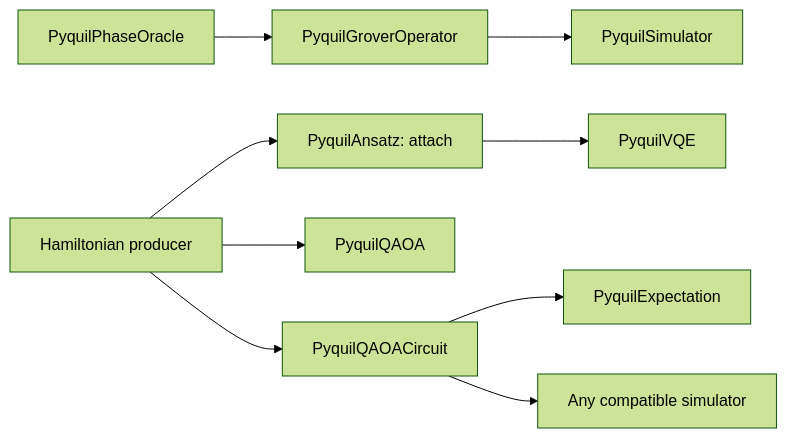
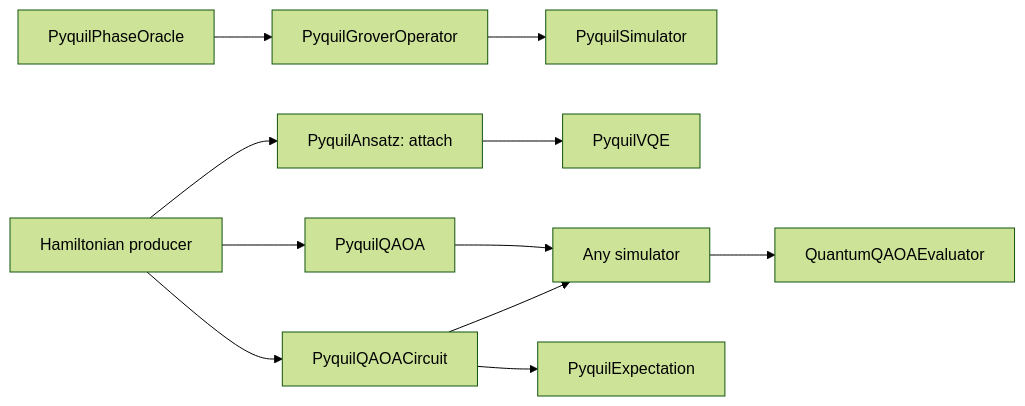
One commit to aaccioly-education/quanifi changed the diagram in docs/guides/PYQUIL_COMPONENTS.md. Above: the diagram before and after it, drawn with Mermaid (forest theme). The commit also changed other lines of this file and 94 other files, not shown here.

````diff
--- a/docs/guides/PYQUIL_COMPONENTS.md
+++ b/docs/guides/PYQUIL_COMPONENTS.md
@@ -57,8 +57,8 @@
 ```mermaid
 flowchart LR
   A[PyquilPhaseOracle] --> B[PyquilGroverOperator] --> C[PyquilSimulator]
   H[Hamiltonian producer] --> D[PyquilAnsatz: attach] --> E[PyquilVQE]
-  H --> F[PyquilQAOA]
+  H --> F[PyquilQAOA] --> K[Any simulator] --> L[QuantumQAOAEvaluator]
   H --> G[PyquilQAOACircuit] --> I[PyquilExpectation]
-  G --> J[Any compatible simulator]
+  G --> K
 ```
````
